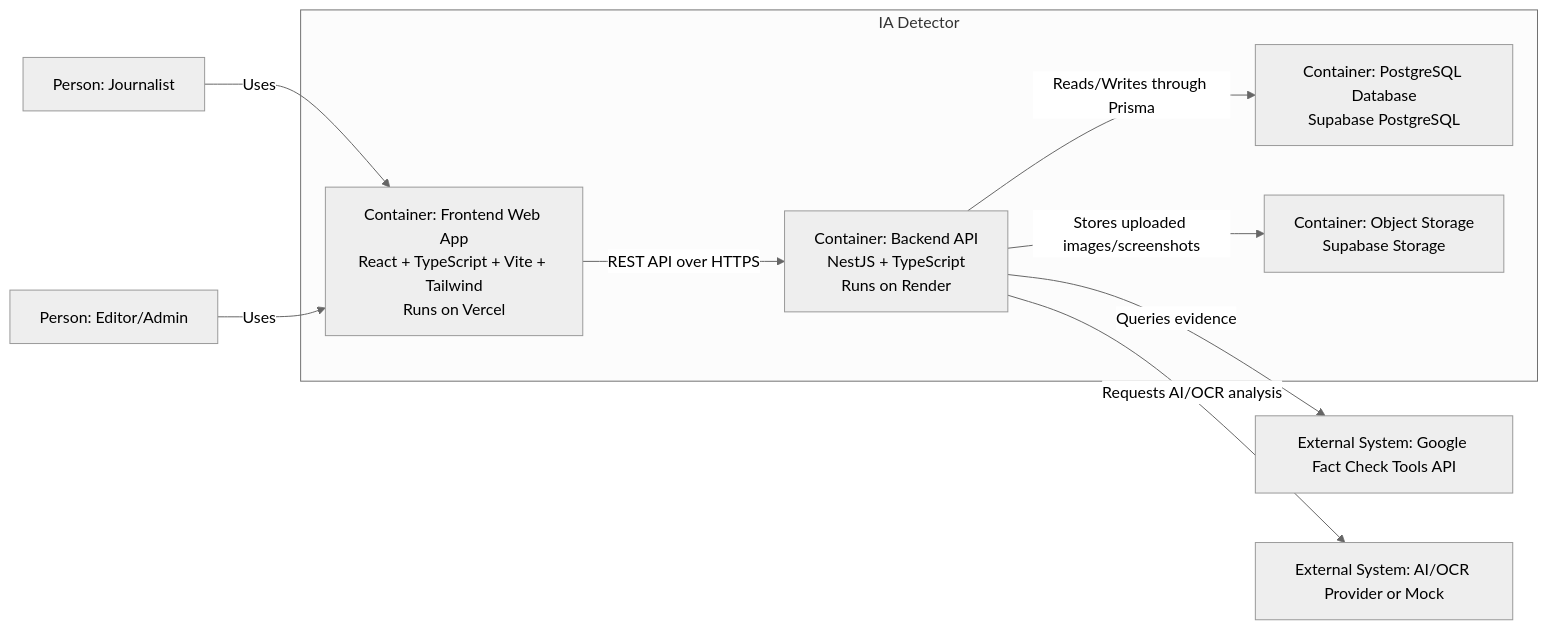
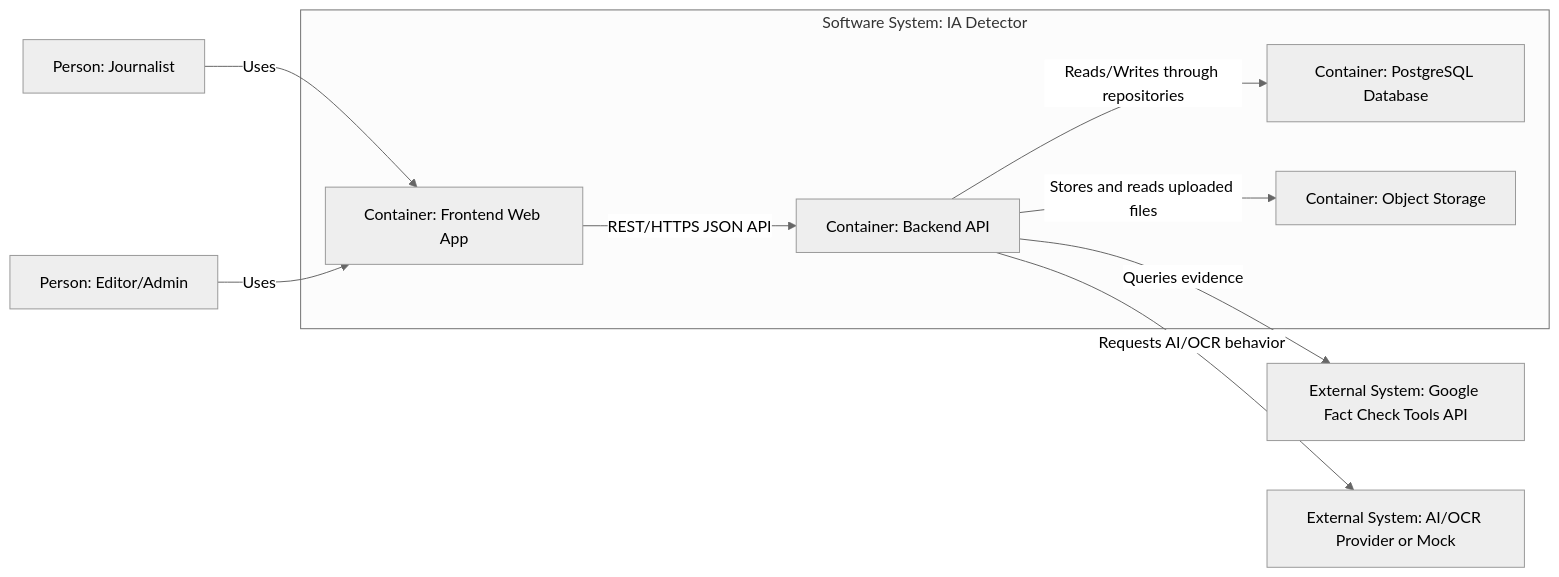
Before and after one commit to SantiagoCaldeZ/caso2-ia-detector: the second of 3 diagrams in README.md, drawn with Mermaid (neutral theme). The commit also changed other lines of this file, not shown here.

````diff
--- a/README.md
+++ b/README.md
@@ -239,23 +1985,23 @@
 ```mermaid
 flowchart LR
     journalist["Person: Journalist"]
     editor["Person: Editor/Admin"]
 
-    subgraph system["IA Detector"]
-        frontend["Container: Frontend Web App<br/>React + TypeScript + Vite + Tailwind<br/>Runs on Vercel"]
-        backend["Container: Backend API<br/>NestJS + TypeScript<br/>Runs on Render"]
-        database["Container: PostgreSQL Database<br/>Supabase PostgreSQL"]
-        storage["Container: Object Storage<br/>Supabase Storage"]
+    subgraph system["Software System: IA Detector"]
+        frontend["Container: Frontend Web App"]
+        backend["Container: Backend API"]
+        database["Container: PostgreSQL Database"]
+        storage["Container: Object Storage"]
     end
 
     googleFactCheck["External System: Google Fact Check Tools API"]
     aiProvider["External System: AI/OCR Provider or Mock"]
 
     journalist -->|"Uses"| frontend
     editor -->|"Uses"| frontend
-    frontend -->|"REST API over HTTPS"| backend
-    backend -->|"Reads/Writes through Prisma"| database
-    backend -->|"Stores uploaded images/screenshots"| storage
+    frontend -->|"REST/HTTPS JSON API"| backend
+    backend -->|"Reads/Writes through repositories"| database
+    backend -->|"Stores and reads uploaded files"| storage
     backend -->|"Queries evidence"| googleFactCheck
-    backend -->|"Requests AI/OCR analysis"| aiProvider
+    backend -->|"Requests AI/OCR behavior"| aiProvider
 ```
````
